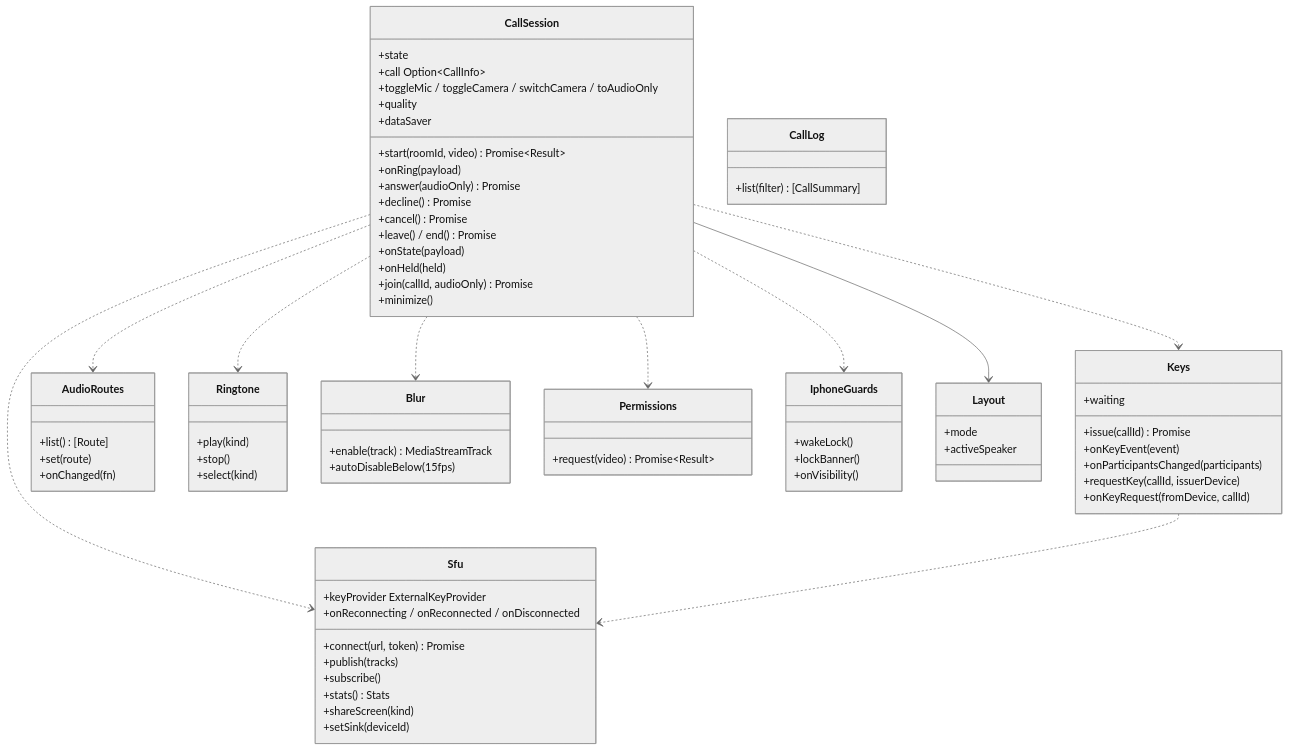
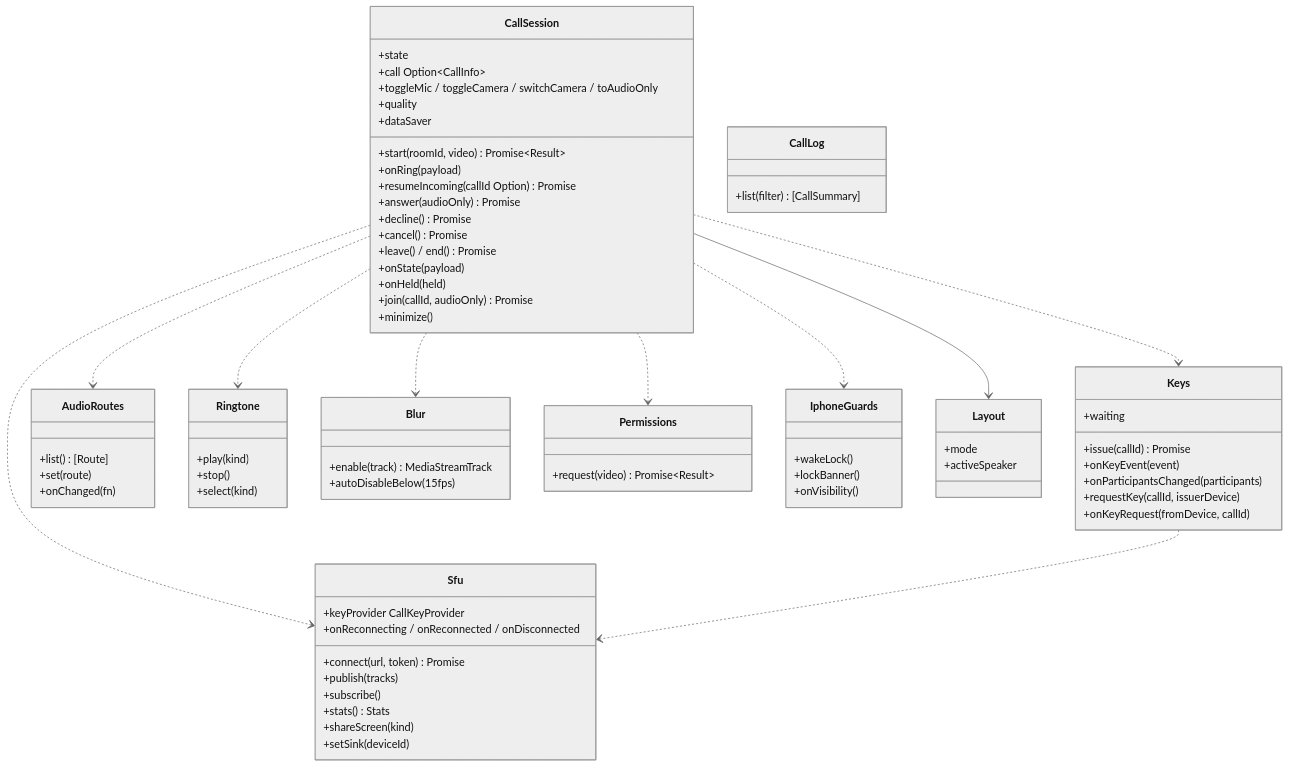
One commit to nrsd-ishikawasou/family-talk-pwa changed the diagram in dev/docs/jp/ブロック/web-calls.md. Above: the diagram before and after it, drawn with Mermaid (neutral theme). The commit also changed other lines of this file and 165 other files, not shown here.

````diff
--- a/dev/docs/jp/ブロック/web-calls.md
+++ b/dev/docs/jp/ブロック/web-calls.md
@@ -44,76 +44,77 @@
 ```mermaid
 classDiagram
   class CallSession {
     +state
     +call Option~CallInfo~
     +start(roomId, video) Promise~Result~
     +onRing(payload)
+    +resumeIncoming(callId Option) Promise
     +answer(audioOnly) Promise
     +decline() Promise
     +cancel() Promise
     +leave() / end() Promise
     +onState(payload)
     +onHeld(held)
     +join(callId, audioOnly) Promise
     +toggleMic / toggleCamera / switchCamera / toAudioOnly
     +quality
     +dataSaver
     +minimize()
   }
   class Sfu {
     +connect(url, token) Promise
     +publish(tracks)
     +subscribe()
-    +keyProvider ExternalKeyProvider
+    +keyProvider CallKeyProvider
     +onReconnecting / onReconnected / onDisconnected
     +stats() Stats
     +shareScreen(kind)
     +setSink(deviceId)
   }
   class Keys {
     +issue(callId) Promise
     +onKeyEvent(event)
     +onParticipantsChanged(participants)
     +requestKey(callId, issuerDevice)
     +onKeyRequest(fromDevice, callId)
     +waiting
   }
   class AudioRoutes {
     +list() [Route]
     +set(route)
     +onChanged(fn)
   }
   class Ringtone {
     +play(kind)
     +stop()
     +select(kind)
   }
   class Blur {
     +enable(track) MediaStreamTrack
     +autoDisableBelow(15fps)
   }
   class Permissions {
     +request(video) Promise~Result~
   }
   class IphoneGuards {
     +wakeLock()
     +lockBanner()
     +onVisibility()
   }
   class Layout {
     +mode
     +activeSpeaker
   }
   class CallLog {
     +list(filter) [CallSummary]
   }
   CallSession ..> Sfu
   CallSession ..> Keys
   CallSession ..> AudioRoutes
   CallSession ..> Ringtone
   CallSession ..> Blur
   CallSession ..> Permissions
   CallSession ..> IphoneGuards
   CallSession --> Layout
   Keys ..> Sfu
 ```
````
